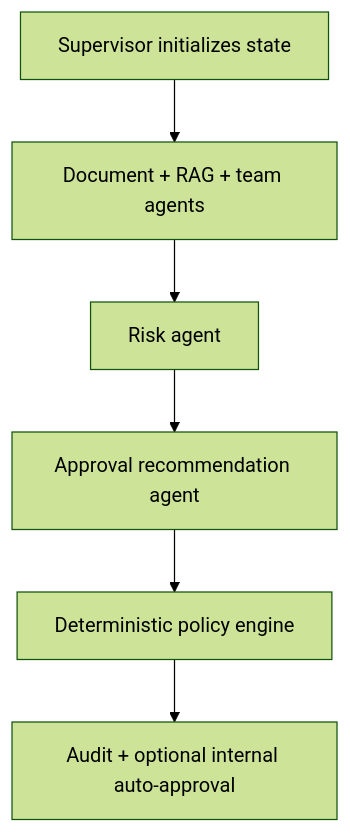
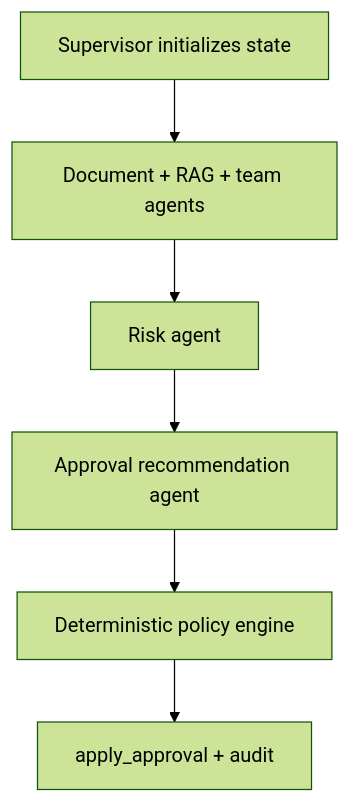
Before and after one commit to goshikavs/leaseflow-ai: the diagram in docs/multi-agent.md, drawn with Mermaid (forest theme). The commit also changed other lines of this file and 20 other files, not shown here.

Commit message:
Route policy auto-approval through the existing approval service and match fixtures by hash or sample key only.

````diff
--- a/docs/multi-agent.md
+++ b/docs/multi-agent.md
@@ -11,8 +11,8 @@
 ```mermaid
 flowchart TD
   start[Supervisor initializes state] --> specialists[Document + RAG + team agents]
   specialists --> risk[Risk agent]
   risk --> recommend[Approval recommendation agent]
   recommend --> policy[Deterministic policy engine]
-  policy --> persist[Audit + optional internal auto-approval]
+  policy --> persist[apply_approval + audit]
 ```
````
